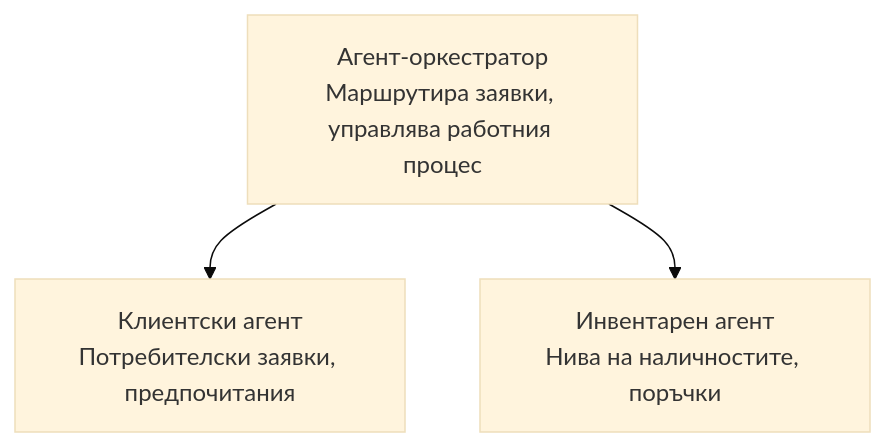
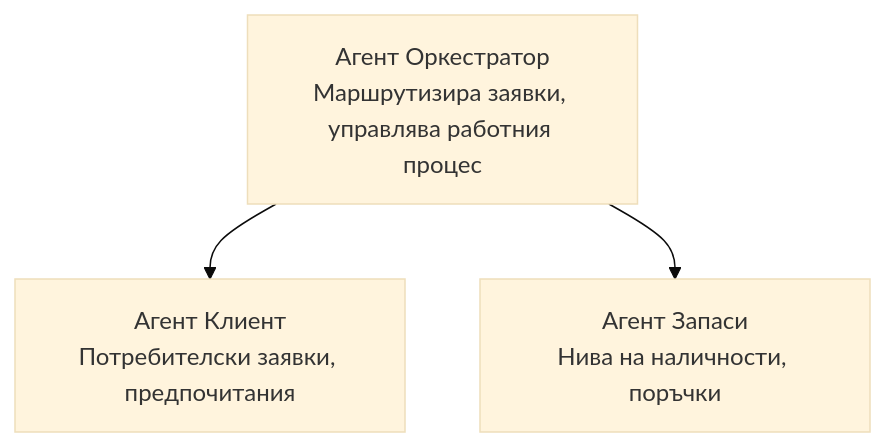
The diagram in translations/bg/docs/chapter-05-multi-agent/README.md (microsoft/AZD-for-beginners), drawn with Mermaid (base theme) before and after one commit. The commit also changed other lines of this file and 101 other files, not shown here.

````diff
--- a/translations/bg/docs/chapter-05-multi-agent/README.md
+++ b/translations/bg/docs/chapter-05-multi-agent/README.md
@@ -50,5 +52,5 @@
 ```mermaid
 graph TD
-    Orchestrator[Агент-оркестратор<br/>Маршрутира заявки, управлява работния процес] --> Customer[Клиентски агент<br/>Потребителски заявки, предпочитания]
-    Orchestrator --> Inventory[Инвентарен агент<br/>Нива на наличностите, поръчки]
+    Orchestrator[Агент Оркестратор<br/>Маршрутизира заявки, управлява работния процес] --> Customer[Агент Клиент<br/>Потребителски заявки, предпочитания]
+    Orchestrator --> Inventory[Агент Запаси<br/>Нива на наличности, поръчки]
 ```
````
